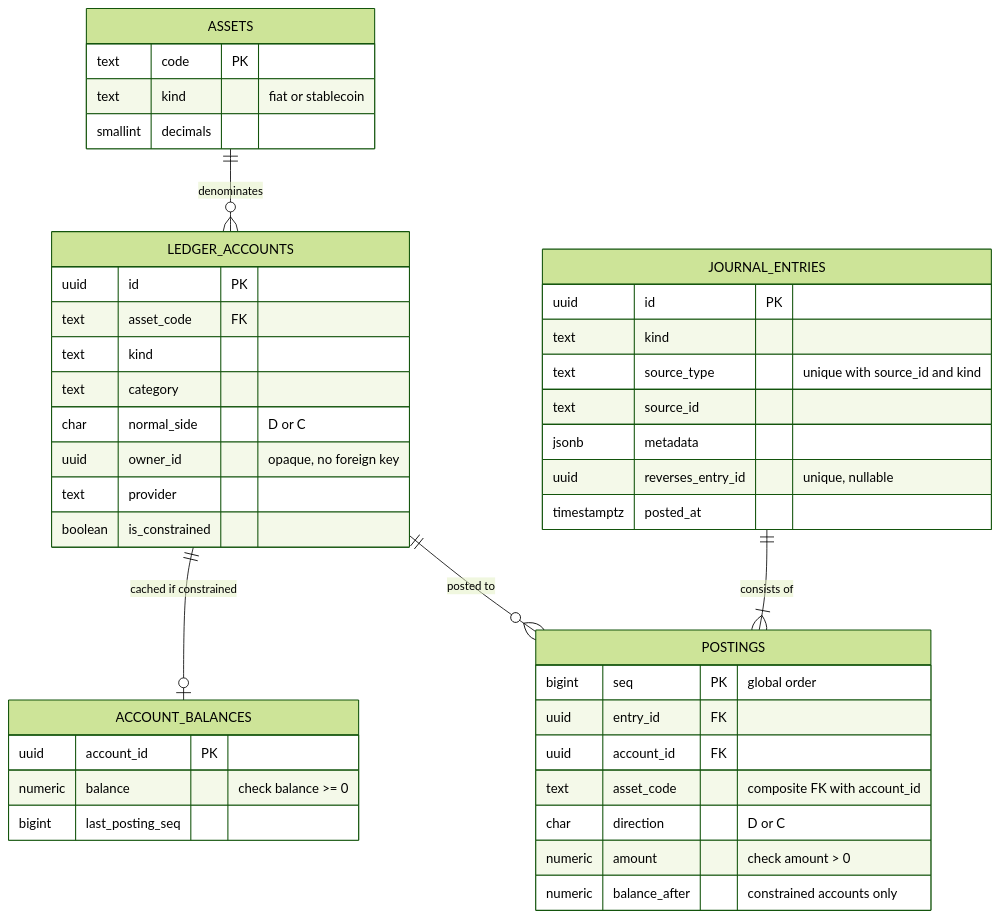
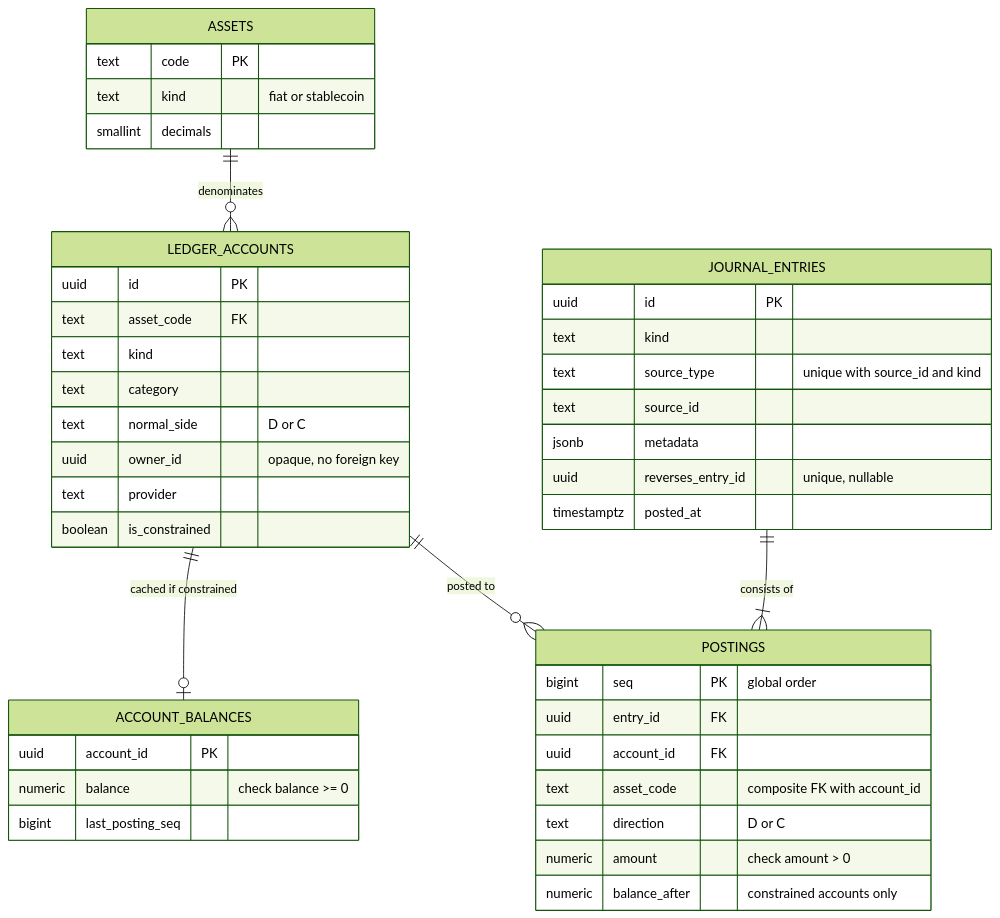
Before and after one commit to AaronJAdler/corridor: the third of 7 diagrams in docs/architecture.md, drawn with Mermaid (forest theme). The commit also changed 6 other files, not shown here.

First line of the commit message:
Add ledger schema

````diff
--- a/docs/architecture.md
+++ b/docs/architecture.md
@@ -238,46 +238,46 @@
 ```mermaid
 erDiagram
     ASSETS ||--o{ LEDGER_ACCOUNTS : denominates
     LEDGER_ACCOUNTS ||--o| ACCOUNT_BALANCES : "cached if constrained"
     LEDGER_ACCOUNTS ||--o{ POSTINGS : "posted to"
     JOURNAL_ENTRIES ||--|{ POSTINGS : "consists of"
 
     ASSETS {
         text code PK
         text kind "fiat or stablecoin"
         smallint decimals
     }
     LEDGER_ACCOUNTS {
         uuid id PK
         text asset_code FK
         text kind
         text category
-        char normal_side "D or C"
+        text normal_side "D or C"
         uuid owner_id "opaque, no foreign key"
         text provider
         boolean is_constrained
     }
     ACCOUNT_BALANCES {
         uuid account_id PK
         numeric balance "check balance >= 0"
         bigint last_posting_seq
     }
     JOURNAL_ENTRIES {
         uuid id PK
         text kind
         text source_type "unique with source_id and kind"
         text source_id
         jsonb metadata
         uuid reverses_entry_id "unique, nullable"
         timestamptz posted_at
     }
     POSTINGS {
         bigint seq PK "global order"
         uuid entry_id FK
         uuid account_id FK
         text asset_code "composite FK with account_id"
-        char direction "D or C"
+        text direction "D or C"
         numeric amount "check amount > 0"
         numeric balance_after "constrained accounts only"
     }
 ```
````
